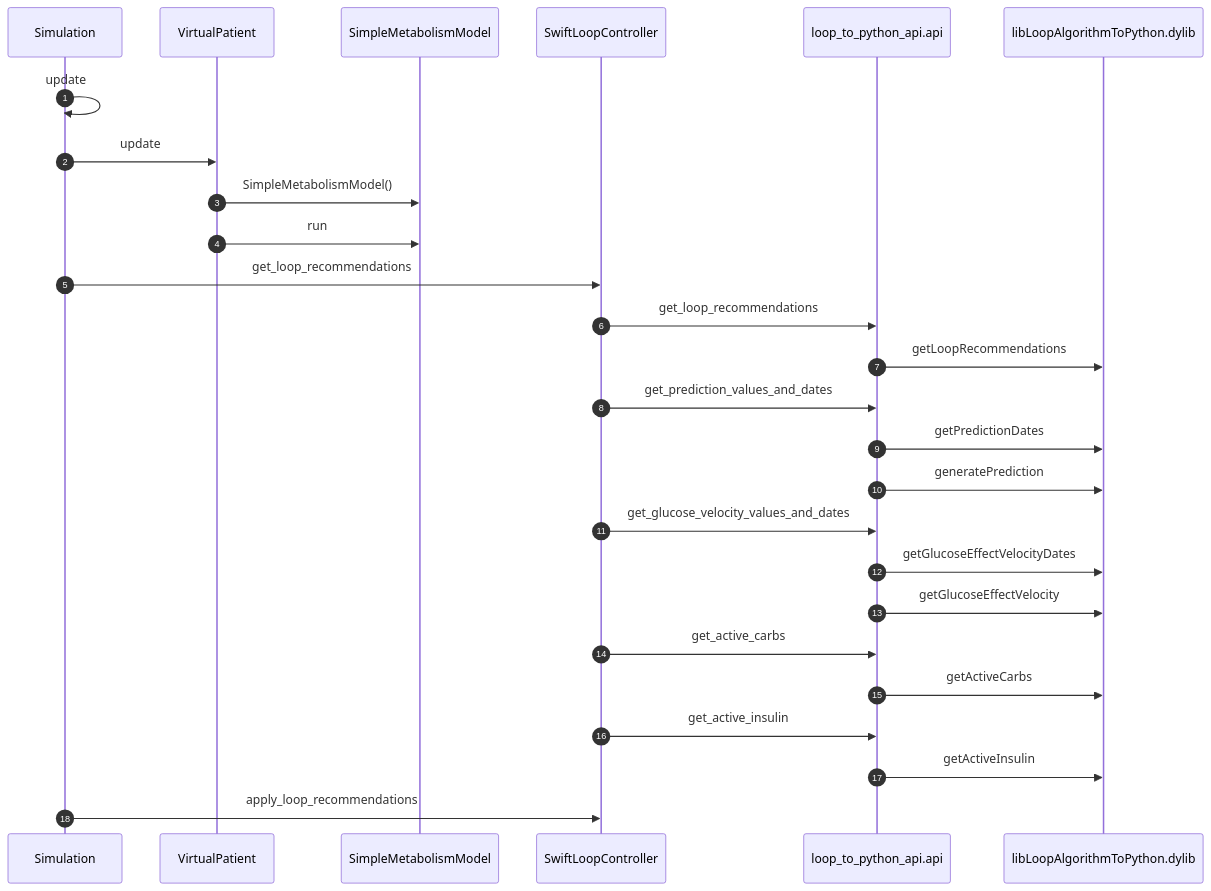
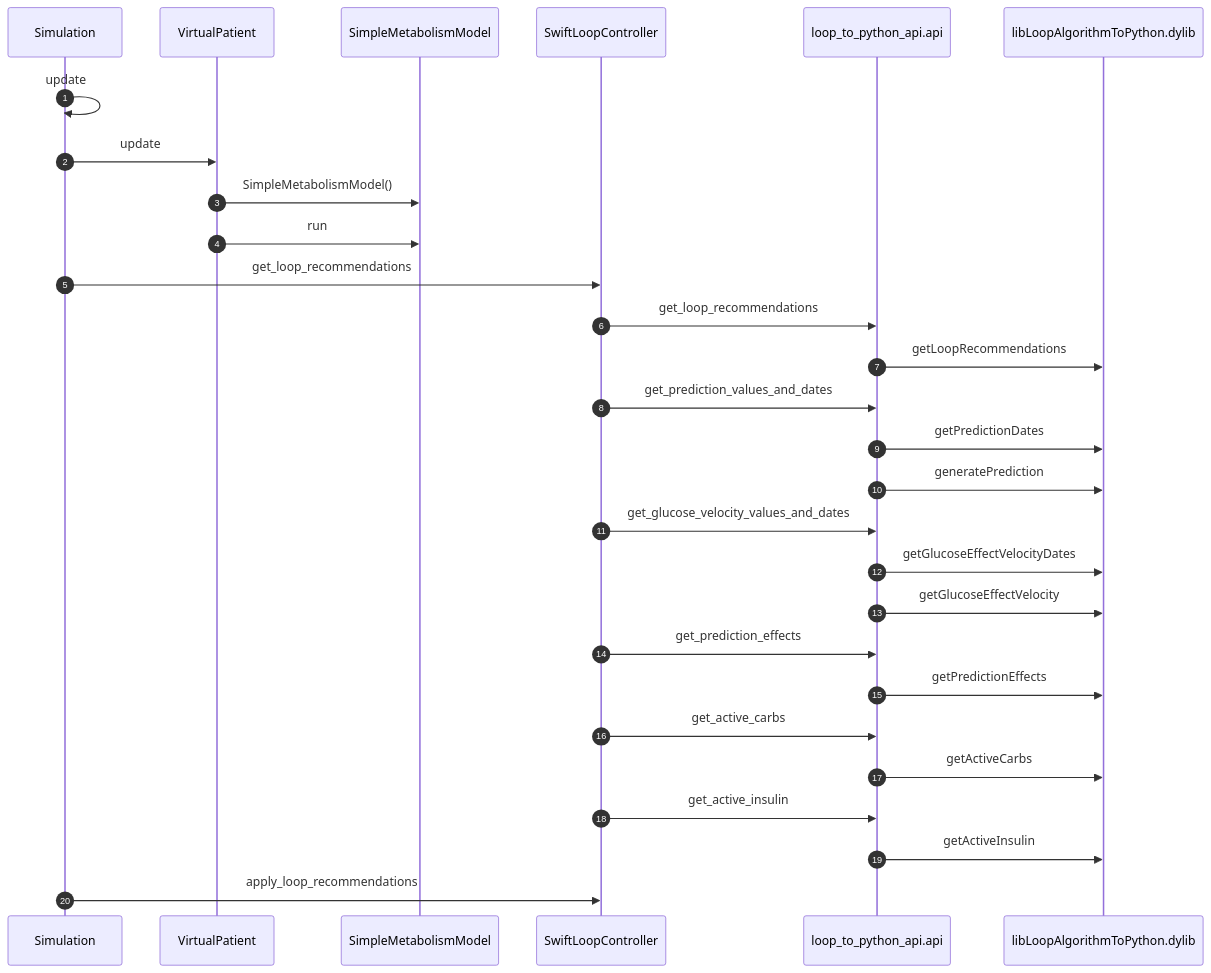
The diagram in .docs/architecture/timestep_sequence.mmd (tidepool-org/data-science-simulator), drawn with Mermaid before and after one commit. The commit also changed 21 other files, not shown here.

First line of the commit message:
[chore] TRSET-57: regenerate diagramgen figures against current main

```diff
--- a/.docs/architecture/timestep_sequence.mmd
+++ b/.docs/architecture/timestep_sequence.mmd
@@ -1,48 +1,51 @@
 %% Generated by tidepool_data_science_simulator.diagramgen v1.0.0
 %% Do not edit by hand. Regenerate with:
 %%     python -m tidepool_data_science_simulator.diagramgen
 %% Drift gate: python -m tidepool_data_science_simulator.diagramgen --check
 %% --
 %% This figure records cross-package calls OBSERVED during a real, in-process run
-%% of the reference scenario. It is evidence of executed behavior, not an
+%% of the scenario named below. It is evidence of executed behavior, not an
 %% assertion about permitted structure.
 %% --
 %% scenario: scenario_configs/tidepool_risk_v2/loop_risk_v2_0/loop_risk_v2_2_0_full/TLR-552/Simulation-Configuration-TLR-552_Median_profile.json
-%% generated (UTC): 2026-09-22T17:09:26.315211+00:00
+%% generated (UTC): 2026-10-02T18:04:43.189788+00:00
 %% allowlist sha256: 43824f058c9c1df26be14e0e31e3313ef481efbcda4ebf897429fd44a8448744
 %% --
 %% package provenance:
-%%     loop_to_python_api: cf4a12bc27fedc0113632c8cb0e78db3d0449dba (dirty)
+%%     loop_to_python_api: 38408b1786abfc1997c13185249d47248d4453a9 (dirty)
 %%     tidepool_data_science_metrics: no git working tree; distribution version 0.1.1
 %%     tidepool_data_science_models: 0c5b809e2a4a4eef79851b24a8820b4b4748ddb6 (dirty)
-%%     tidepool_data_science_simulator: 259746e2e6dc98877fd8a84a3c295cca8f01b693 (dirty)
+%%     tidepool_data_science_simulator: 5307af7eabd9a5083f6ddcb7f98edff700ddceff (clean)
 %% stage: post-Loop_WithMitigations_t1_median
+%% sequence cycle rule: first-recommendation
 %% control cycle: first one at which the controller returned a non-empty recommendation (timestep index 0)
 
 sequenceDiagram
     autonumber
     participant nec281b1ffd as Simulation
     participant n90d2281816 as VirtualPatient
     participant nbf33d0b2b9 as SimpleMetabolismModel
     participant n9ab6438beb as SwiftLoopController
     participant n7ba8183db9 as loop_to_python_api.api
     participant ncd9406fc74 as libLoopAlgorithmToPython.dylib
 
     nec281b1ffd ->> nec281b1ffd: update
     nec281b1ffd ->> n90d2281816: update
     n90d2281816 ->> nbf33d0b2b9: SimpleMetabolismModel()
     n90d2281816 ->> nbf33d0b2b9: run
     nec281b1ffd ->> n9ab6438beb: get_loop_recommendations
     n9ab6438beb ->> n7ba8183db9: get_loop_recommendations
     n7ba8183db9 ->> ncd9406fc74: getLoopRecommendations
     n9ab6438beb ->> n7ba8183db9: get_prediction_values_and_dates
     n7ba8183db9 ->> ncd9406fc74: getPredictionDates
     n7ba8183db9 ->> ncd9406fc74: generatePrediction
     n9ab6438beb ->> n7ba8183db9: get_glucose_velocity_values_and_dates
     n7ba8183db9 ->> ncd9406fc74: getGlucoseEffectVelocityDates
     n7ba8183db9 ->> ncd9406fc74: getGlucoseEffectVelocity
+    n9ab6438beb ->> n7ba8183db9: get_prediction_effects
+    n7ba8183db9 ->> ncd9406fc74: getPredictionEffects
     n9ab6438beb ->> n7ba8183db9: get_active_carbs
     n7ba8183db9 ->> ncd9406fc74: getActiveCarbs
     n9ab6438beb ->> n7ba8183db9: get_active_insulin
     n7ba8183db9 ->> ncd9406fc74: getActiveInsulin
     nec281b1ffd ->> n9ab6438beb: apply_loop_recommendations
```
